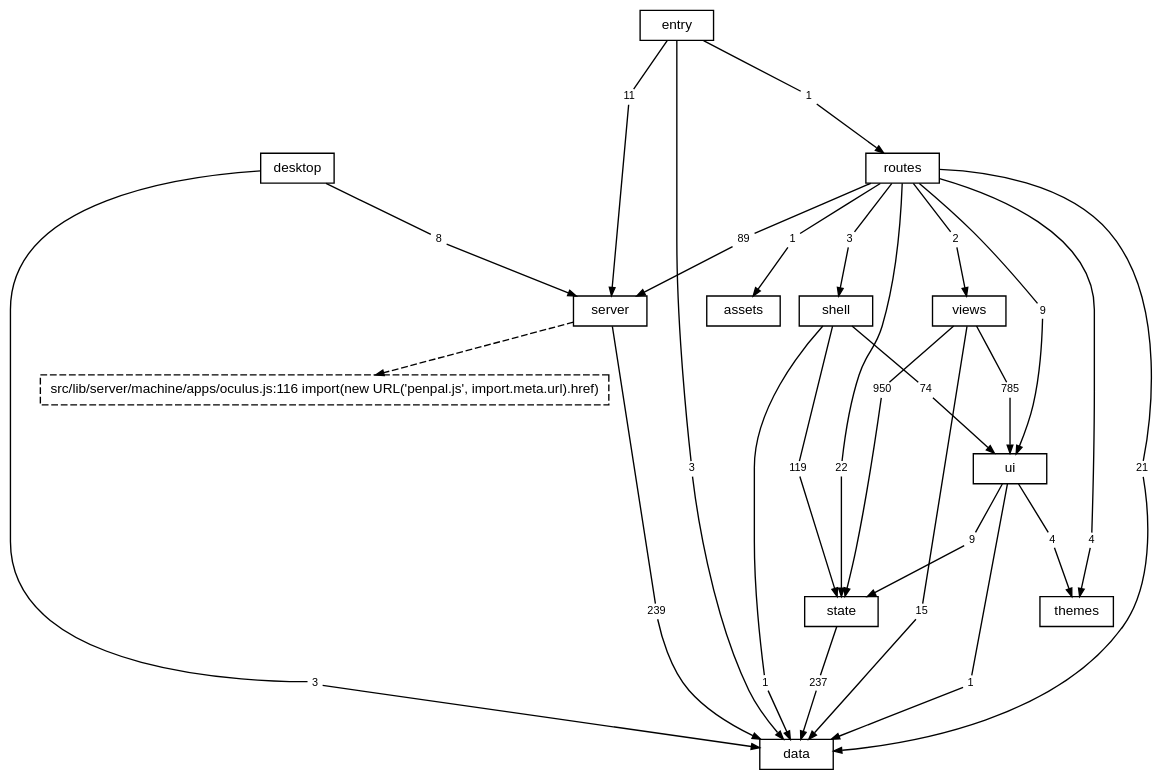
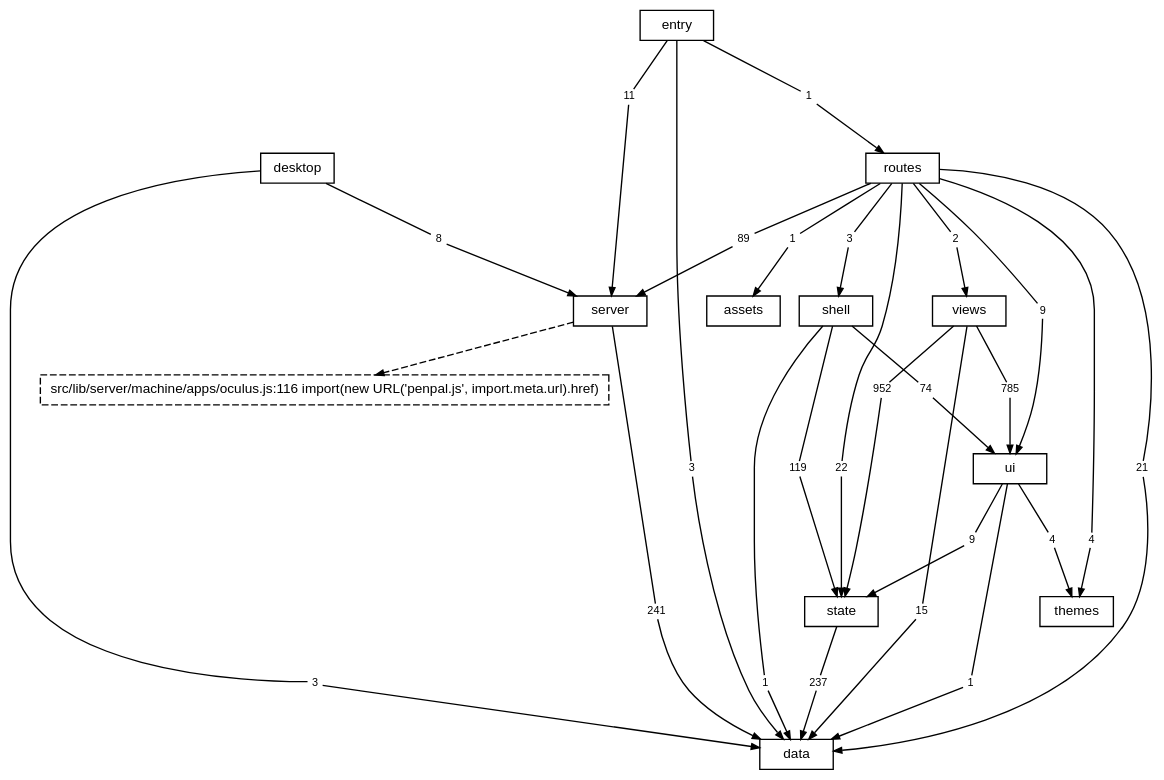
One commit to TheAxeC/oculus changed the diagram in docs/diagrams/layers.dot. Above: the diagram before and after it, drawn with Graphviz. The commit also changed 69 other files, not shown here.

```diff
--- a/docs/diagrams/layers.dot
+++ b/docs/diagrams/layers.dot
@@ -1,90 +1,90 @@
 digraph layers {
     graph [bgcolor="transparent", rankdir=TB, newrank=true, fontname="Helvetica,Arial,sans-serif", fontsize=12, nodesep=0.2, ranksep=0.5];
     node [shape=box, color="black", fontcolor="black", fontname="Helvetica,Arial,sans-serif", fontsize=10, height=0.3, margin="0.12,0.04"];
     edge [color="black", fontcolor="black", fontname="Helvetica,Arial,sans-serif", fontsize=8, arrowsize=0.6];
     "data";
     "server";
     "state";
     "ui";
     "shell";
     "views";
     "themes";
     "routes";
     "desktop";
     "src" [label="entry"];
     "files: assets" [label="assets"];
     "? src/lib/server/machine/apps/oculus.js:116" [label="src/lib/server/machine/apps/oculus.js:116 import(new URL('penpal.js', import.meta.url).href)", style=dashed];
     "desktop to data" [label="3", shape=box, color="transparent", fontsize=8, width=0, height=0, margin="0.04,0.02"];
     "desktop" -> "desktop to data" [arrowhead=none];
     "desktop to data" -> "data" [];
     "desktop to server" [label="8", shape=box, color="transparent", fontsize=8, width=0, height=0, margin="0.04,0.02"];
     "desktop" -> "desktop to server" [arrowhead=none];
     "desktop to server" -> "server" [];
     "routes to data" [label="21", shape=box, color="transparent", fontsize=8, width=0, height=0, margin="0.04,0.02"];
     "routes" -> "routes to data" [arrowhead=none];
     "routes to data" -> "data" [];
     "routes to files: assets" [label="1", shape=box, color="transparent", fontsize=8, width=0, height=0, margin="0.04,0.02"];
     "routes" -> "routes to files: assets" [arrowhead=none];
     "routes to files: assets" -> "files: assets" [];
     "routes to server" [label="89", shape=box, color="transparent", fontsize=8, width=0, height=0, margin="0.04,0.02"];
     "routes" -> "routes to server" [arrowhead=none];
     "routes to server" -> "server" [];
     "routes to shell" [label="3", shape=box, color="transparent", fontsize=8, width=0, height=0, margin="0.04,0.02"];
     "routes" -> "routes to shell" [arrowhead=none];
     "routes to shell" -> "shell" [];
     "routes to state" [label="22", shape=box, color="transparent", fontsize=8, width=0, height=0, margin="0.04,0.02"];
     "routes" -> "routes to state" [arrowhead=none];
     "routes to state" -> "state" [];
     "routes to themes" [label="4", shape=box, color="transparent", fontsize=8, width=0, height=0, margin="0.04,0.02"];
     "routes" -> "routes to themes" [arrowhead=none];
     "routes to themes" -> "themes" [];
     "routes to ui" [label="9", shape=box, color="transparent", fontsize=8, width=0, height=0, margin="0.04,0.02"];
     "routes" -> "routes to ui" [arrowhead=none];
     "routes to ui" -> "ui" [];
     "routes to views" [label="2", shape=box, color="transparent", fontsize=8, width=0, height=0, margin="0.04,0.02"];
     "routes" -> "routes to views" [arrowhead=none];
     "routes to views" -> "views" [];
-    "server to data" [label="239", shape=box, color="transparent", fontsize=8, width=0, height=0, margin="0.04,0.02"];
+    "server to data" [label="241", shape=box, color="transparent", fontsize=8, width=0, height=0, margin="0.04,0.02"];
     "server" -> "server to data" [arrowhead=none];
     "server to data" -> "data" [];
     "shell to data" [label="1", shape=box, color="transparent", fontsize=8, width=0, height=0, margin="0.04,0.02"];
     "shell" -> "shell to data" [arrowhead=none];
     "shell to data" -> "data" [];
     "shell to state" [label="119", shape=box, color="transparent", fontsize=8, width=0, height=0, margin="0.04,0.02"];
     "shell" -> "shell to state" [arrowhead=none];
     "shell to state" -> "state" [];
     "shell to ui" [label="74", shape=box, color="transparent", fontsize=8, width=0, height=0, margin="0.04,0.02"];
     "shell" -> "shell to ui" [arrowhead=none];
     "shell to ui" -> "ui" [];
     "src to data" [label="3", shape=box, color="transparent", fontsize=8, width=0, height=0, margin="0.04,0.02"];
     "src" -> "src to data" [arrowhead=none];
     "src to data" -> "data" [];
     "src to routes" [label="1", shape=box, color="transparent", fontsize=8, width=0, height=0, margin="0.04,0.02"];
     "src" -> "src to routes" [arrowhead=none];
     "src to routes" -> "routes" [];
     "src to server" [label="11", shape=box, color="transparent", fontsize=8, width=0, height=0, margin="0.04,0.02"];
     "src" -> "src to server" [arrowhead=none];
     "src to server" -> "server" [];
     "state to data" [label="237", shape=box, color="transparent", fontsize=8, width=0, height=0, margin="0.04,0.02"];
     "state" -> "state to data" [arrowhead=none];
     "state to data" -> "data" [];
     "ui to data" [label="1", shape=box, color="transparent", fontsize=8, width=0, height=0, margin="0.04,0.02"];
     "ui" -> "ui to data" [arrowhead=none];
     "ui to data" -> "data" [];
     "ui to state" [label="9", shape=box, color="transparent", fontsize=8, width=0, height=0, margin="0.04,0.02"];
     "ui" -> "ui to state" [arrowhead=none];
     "ui to state" -> "state" [];
     "ui to themes" [label="4", shape=box, color="transparent", fontsize=8, width=0, height=0, margin="0.04,0.02"];
     "ui" -> "ui to themes" [arrowhead=none];
     "ui to themes" -> "themes" [];
     "views to data" [label="15", shape=box, color="transparent", fontsize=8, width=0, height=0, margin="0.04,0.02"];
     "views" -> "views to data" [arrowhead=none];
     "views to data" -> "data" [];
-    "views to state" [label="950", shape=box, color="transparent", fontsize=8, width=0, height=0, margin="0.04,0.02"];
+    "views to state" [label="952", shape=box, color="transparent", fontsize=8, width=0, height=0, margin="0.04,0.02"];
     "views" -> "views to state" [arrowhead=none];
     "views to state" -> "state" [];
     "views to ui" [label="785", shape=box, color="transparent", fontsize=8, width=0, height=0, margin="0.04,0.02"];
     "views" -> "views to ui" [arrowhead=none];
     "views to ui" -> "ui" [];
     "server" -> "? src/lib/server/machine/apps/oculus.js:116" [style=dashed];
 }
```
